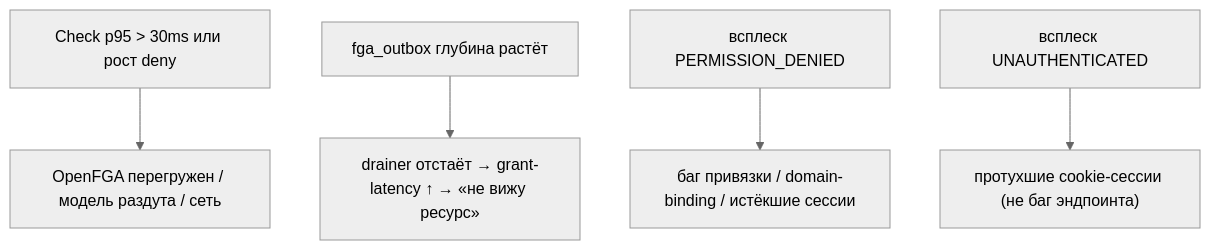
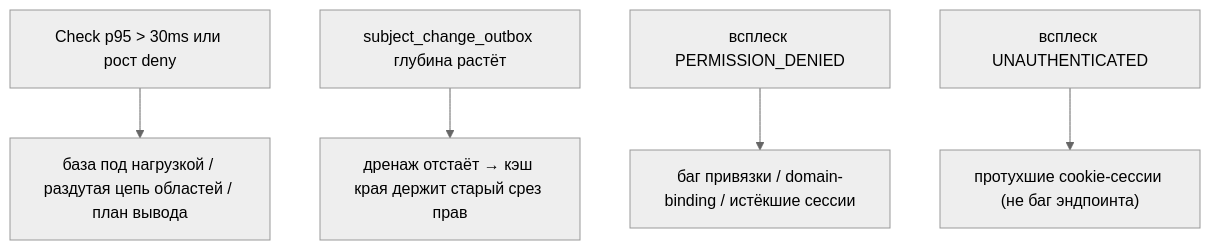
The diagram in services/iam/docs/content/advanced/observability.mdx (PRO-Robotech/kacho), drawn with Mermaid (neutral theme) before and after one commit. The commit also changed other lines of this file and 589 other files, not shown here.

````diff
--- a/services/iam/docs/content/advanced/observability.mdx
+++ b/services/iam/docs/content/advanced/observability.mdx
@@ -47,7 +47,7 @@
 ```mermaid
 flowchart TD
-  check["Check p95 &gt; 30ms или рост deny"] --> a["OpenFGA перегружен / модель раздута / сеть"]
-  outbox["fga_outbox глубина растёт"] --> b["drainer отстаёт → grant-latency ↑ → «не вижу ресурс»"]
+  check["Check p95 &gt; 30ms или рост deny"] --> a["база под нагрузкой / раздутая цепь областей / план вывода"]
+  outbox["subject_change_outbox глубина растёт"] --> b["дренаж отстаёт → кэш края держит старый срез прав"]
   denied["всплеск PERMISSION_DENIED"] --> c["баг привязки / domain-binding / истёкшие сессии"]
   authn["всплеск UNAUTHENTICATED"] --> d["протухшие cookie-сессии (не баг эндпоинта)"]
 ```
````
